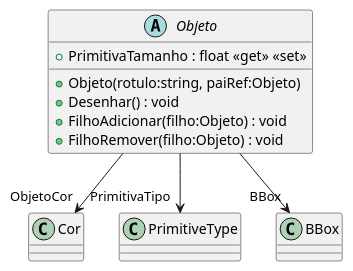
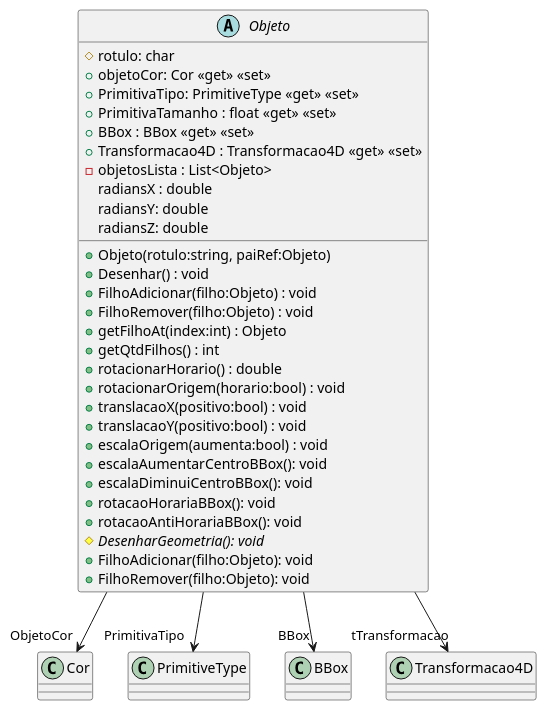
Before and after one commit to gfibrantz/disciplinaCg_2022-1_mat_equipe-01: the diagram in unidade_3/CG_N2/plantuml/Objeto.wsd, drawn with PlantUML. The commit also changed 4 other files, not shown here.

Commit message:
inicio plantuml

```diff
--- a/unidade_3/CG_N2/plantuml/Objeto.wsd
+++ b/unidade_3/CG_N2/plantuml/Objeto.wsd
@@ -1,12 +1,36 @@
 @startuml Objeto
 abstract class Objeto {
+    # rotulo: char
+    + objetoCor: Cor <<get>> <<set>>
+    + PrimitivaTipo: PrimitiveType <<get>> <<set>>
     + PrimitivaTamanho : float <<get>> <<set>>
+    + BBox : BBox <<get>> <<set>>
+    + Transformacao4D : Transformacao4D <<get>> <<set>>
+    - objetosLista : List<Objeto>
+    radiansX : double
+    radiansY: double
+    radiansZ: double
     + Objeto(rotulo:string, paiRef:Objeto)
     + Desenhar() : void
     + FilhoAdicionar(filho:Objeto) : void
     + FilhoRemover(filho:Objeto) : void
+    + getFilhoAt(index:int) : Objeto
+    + getQtdFilhos() : int
+    + rotacionarHorario() : double
+    + rotacionarOrigem(horario:bool) : void
+    + translacaoX(positivo:bool) : void
+    + translacaoY(positivo:bool) : void
+    + escalaOrigem(aumenta:bool) : void
+    + escalaAumentarCentroBBox(): void
+    + escalaDiminuiCentroBBox(): void
+    + rotacaoHorariaBBox(): void
+    + rotacaoAntiHorariaBBox(): void
+    # {abstract} DesenharGeometria(): void
+    + FilhoAdicionar(filho:Objeto): void
+    + FilhoRemover(filho:Objeto): void
 }
 Objeto --> "ObjetoCor" Cor
 Objeto --> "PrimitivaTipo" PrimitiveType
 Objeto --> "BBox" BBox
+Objeto --> "tTransformacao" Transformacao4D
 @enduml
```
